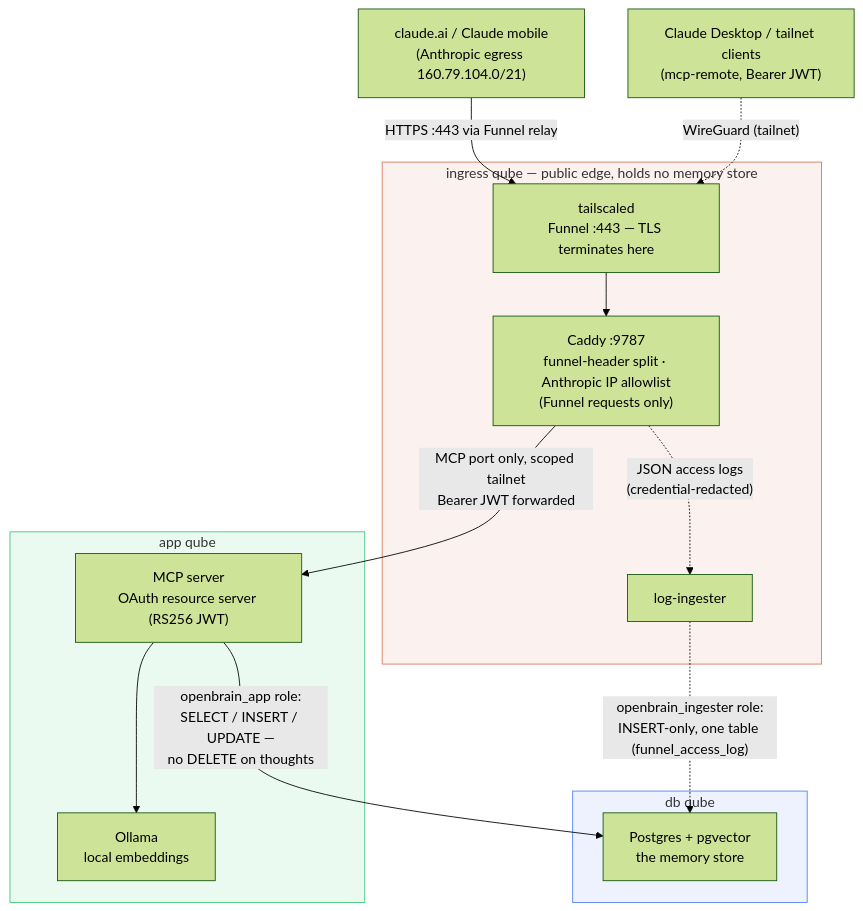
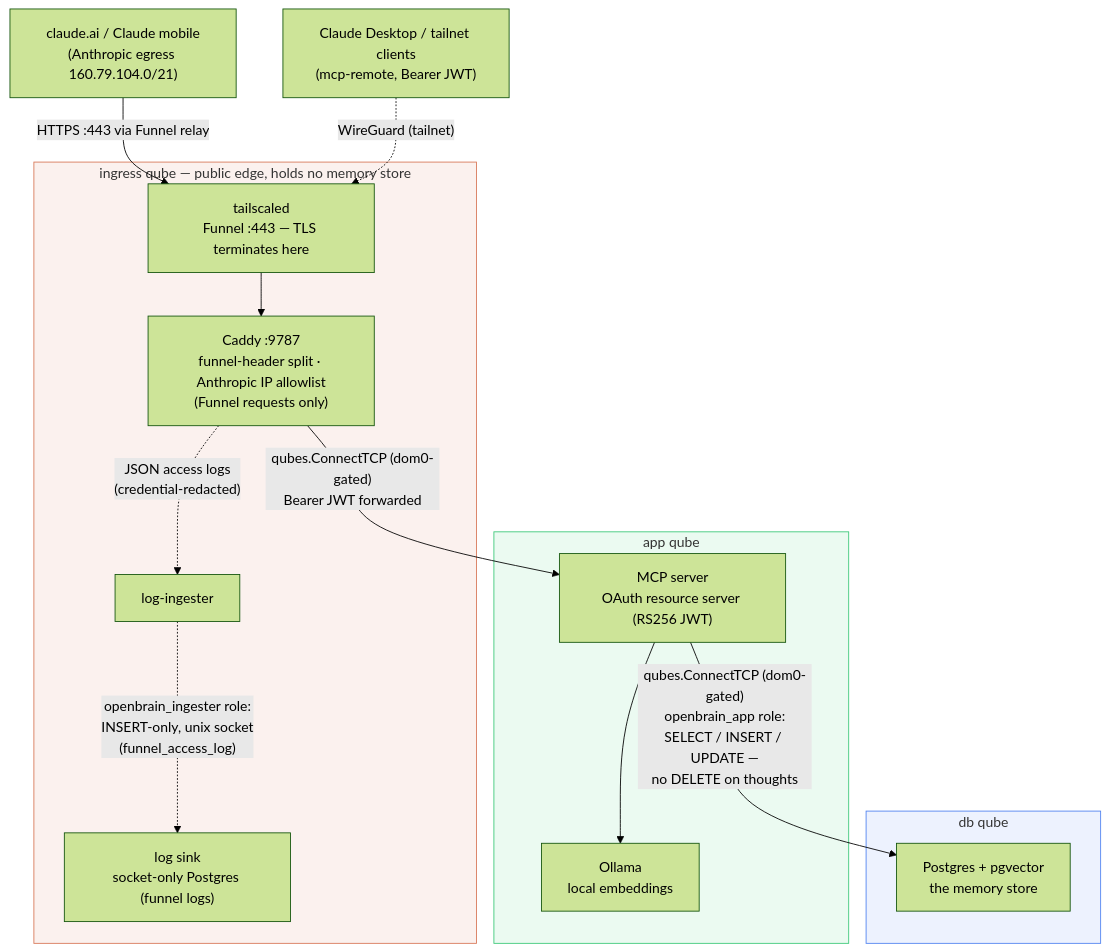
The first of 2 diagrams in README.md (lcjanke2020/ob1-selfhosted), drawn with Mermaid (forest theme) before and after one commit. The commit also changed other lines of this file and 23 other files, not shown here.

First line of the commit message:
Move the app→db transport to qubes.ConnectTCP; retire the db qube's tailnet listener (#86)

````diff
--- a/README.md
+++ b/README.md
@@ -82,33 +83,34 @@
 ```mermaid
 flowchart TB
     CL["claude.ai / Claude mobile<br/>(Anthropic egress 160.79.104.0/21)"]
     CD["Claude Desktop / tailnet clients<br/>(mcp-remote, Bearer JWT)"]
 
     subgraph ING["ingress qube — public edge, holds no memory store"]
         TS["tailscaled<br/>Funnel :443 — TLS terminates here"]
         CA["Caddy :9787<br/>funnel-header split · Anthropic IP allowlist<br/>(Funnel requests only)"]
         LI["log-ingester"]
+        SK["log sink<br/>socket-only Postgres (funnel logs)"]
         TS --> CA
         CA -. "JSON access logs<br/>(credential-redacted)" .-> LI
     end
 
     subgraph APP["app qube"]
         MCP["MCP server<br/>OAuth resource server (RS256 JWT)"]
         OL["Ollama<br/>local embeddings"]
         MCP --> OL
     end
 
     subgraph DBQ["db qube"]
         PG["Postgres + pgvector<br/>the memory store"]
     end
 
     CL -- "HTTPS :443 via Funnel relay" --> TS
     CD -. "WireGuard (tailnet)" .-> TS
-    CA -- "MCP port only, scoped tailnet<br/>Bearer JWT forwarded" --> MCP
-    MCP -- "openbrain_app role:<br/>SELECT / INSERT / UPDATE —<br/>no DELETE on thoughts" --> PG
-    LI -. "openbrain_ingester role:<br/>INSERT-only, one table (funnel_access_log)" .-> PG
+    CA -- "qubes.ConnectTCP (dom0-gated)<br/>Bearer JWT forwarded" --> MCP
+    MCP -- "qubes.ConnectTCP (dom0-gated)<br/>openbrain_app role:<br/>SELECT / INSERT / UPDATE —<br/>no DELETE on thoughts" --> PG
+    LI -. "openbrain_ingester role:<br/>INSERT-only, unix socket<br/>(funnel_access_log)" .-> SK
 
     style ING fill:#d777571a,stroke:#d77757
     style APP fill:#3cc8781a,stroke:#3cc878
     style DBQ fill:#5082f01a,stroke:#5082f0
 ```
````
